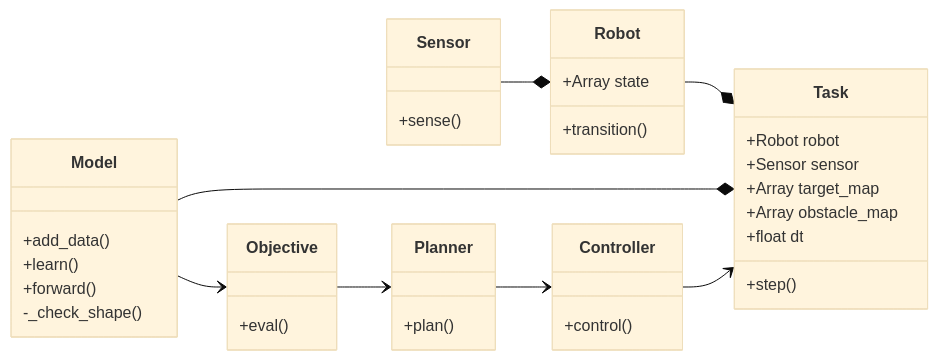
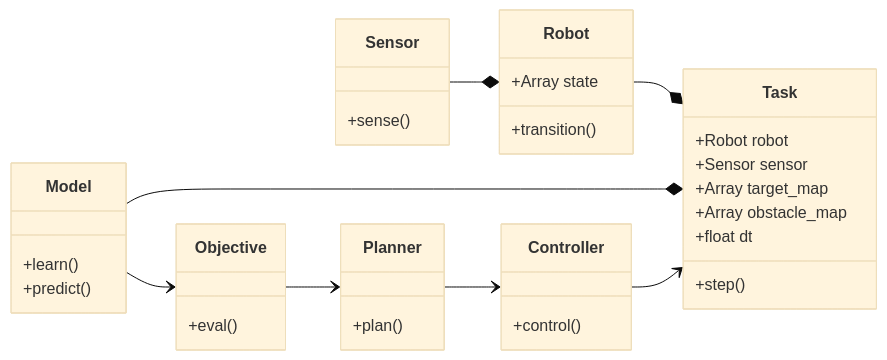
One commit to Weizhe-Chen/PyPolo changed the diagram in docs/framework.md. Above: the diagram before and after it, drawn with Mermaid (base theme). The commit also changed 7 other files, not shown here.

````diff
--- a/docs/framework.md
+++ b/docs/framework.md
@@ -9,43 +9,41 @@
 ``` mermaid
 classDiagram
 direction LR
 class Robot {
     +Array state
         +transition()
 }
 class Sensor {
     +sense()
 }
 class Task {
     +Robot robot
     +Sensor sensor
     +Array target_map
     +Array obstacle_map
     +float dt
     +step()
 }
 class Model {
-    +add_data()
     +learn()
-    +forward()
-    -_check_shape()
+    +predict()
 }
 class Objective {
     +eval()
 }
 class Planner {
     +plan()
 }
 class Controller {
     +control()
 }
 
 Robot --* Task
 Sensor --* Robot
 Model --* Task
 
 Model --> Objective
 Objective --> Planner
 Planner --> Controller
 Controller --> Task
 ```
````
